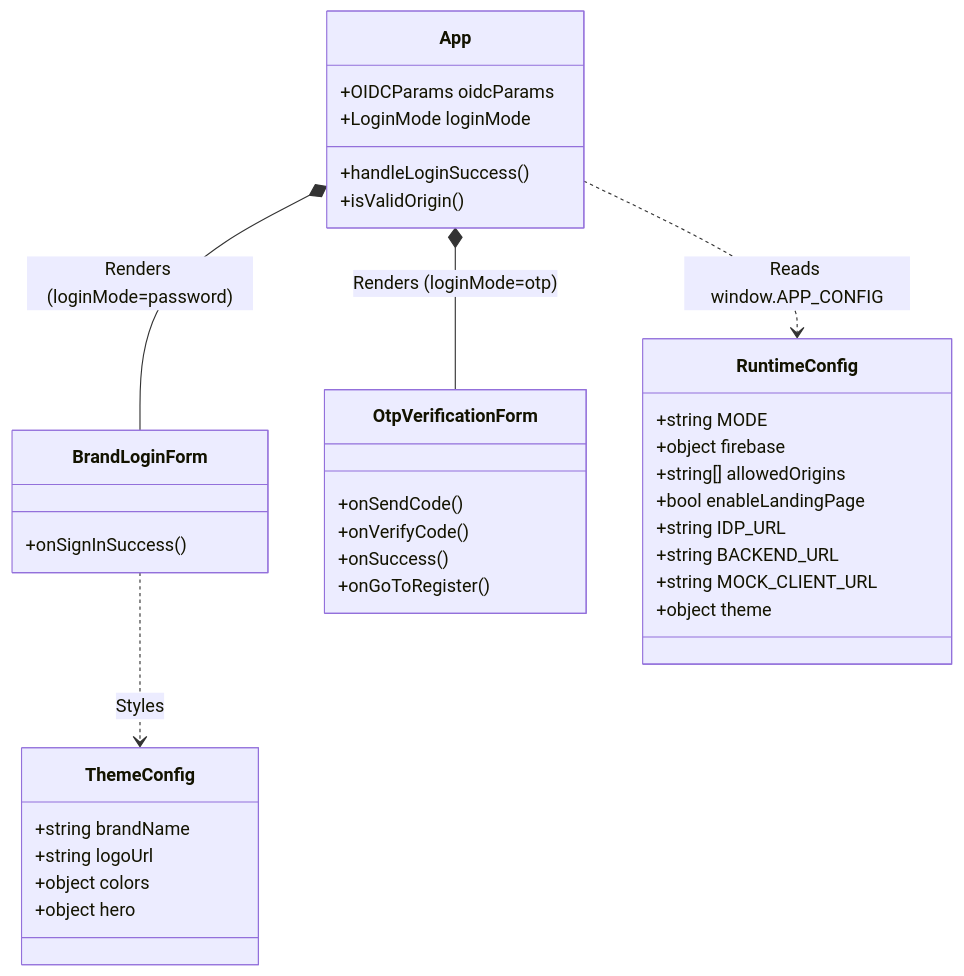
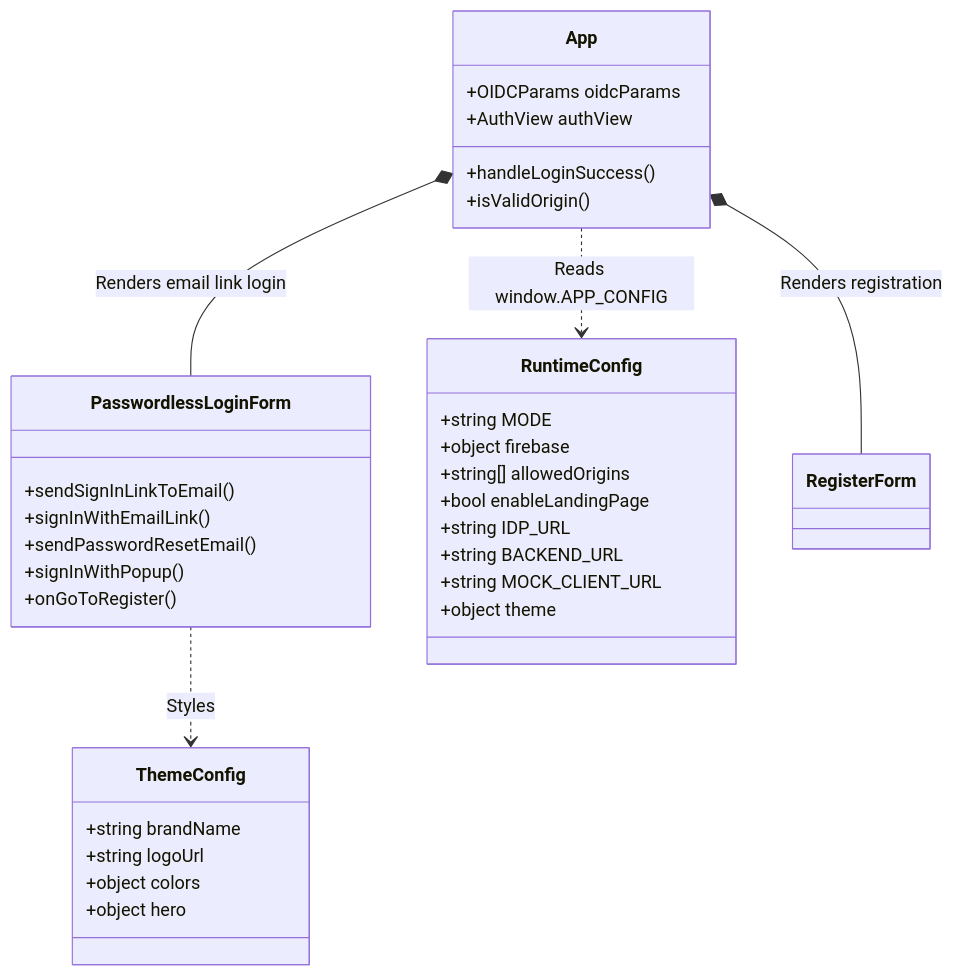
One commit to caguanet/Acelerador-para-Cliente-OIDC-GCP-Idp changed the first of 7 diagrams in docs/architecture/TECH_README.md. Above: the diagram before and after it, drawn with Mermaid. The commit also changed other lines of this file and 189 other files, not shown here.

````diff
--- a/docs/architecture/TECH_README.md
+++ b/docs/architecture/TECH_README.md
@@ -24,39 +24,37 @@
 ```mermaid
 classDiagram
     class App {
         +OIDCParams oidcParams
-        +LoginMode loginMode
+        +AuthView authView
         +handleLoginSuccess()
         +isValidOrigin()
     }
-    class BrandLoginForm {
-        +onSignInSuccess()
-    }
-    class OtpVerificationForm {
-        +onSendCode()
-        +onVerifyCode()
-        +onSuccess()
+    class PasswordlessLoginForm {
+        +sendSignInLinkToEmail()
+        +signInWithEmailLink()
+        +sendPasswordResetEmail()
+        +signInWithPopup()
         +onGoToRegister()
     }
     class ThemeConfig {
         +string brandName
         +string logoUrl
         +object colors
         +object hero
     }
     class RuntimeConfig {
         +string MODE
         +object firebase
         +string[] allowedOrigins
         +bool enableLandingPage
         +string IDP_URL
         +string BACKEND_URL
         +string MOCK_CLIENT_URL
         +object theme
     }
 
-    App *-- BrandLoginForm : Renders (loginMode=password)
-    App *-- OtpVerificationForm : Renders (loginMode=otp)
+    App *-- PasswordlessLoginForm : Renders email link login
+    App *-- RegisterForm : Renders registration
     App ..> RuntimeConfig : Reads window.APP_CONFIG
-    BrandLoginForm ..> ThemeConfig : Styles
+    PasswordlessLoginForm ..> ThemeConfig : Styles
 ```
````
